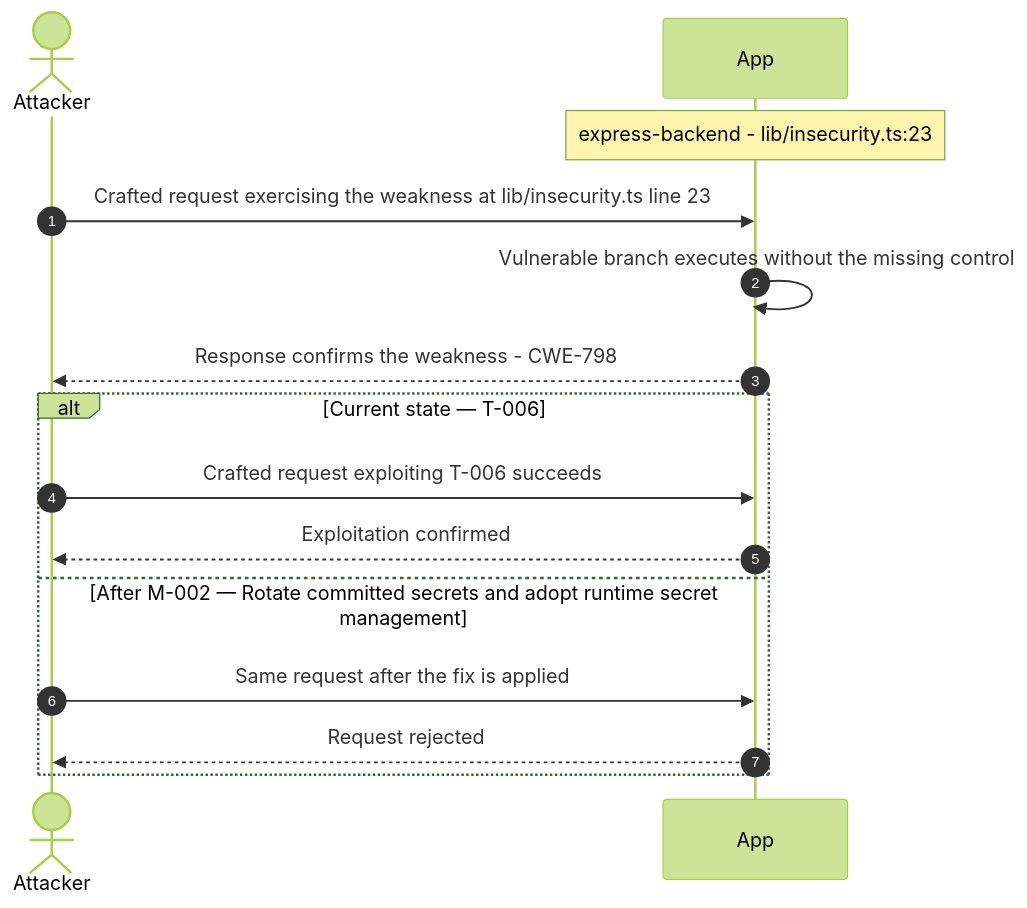
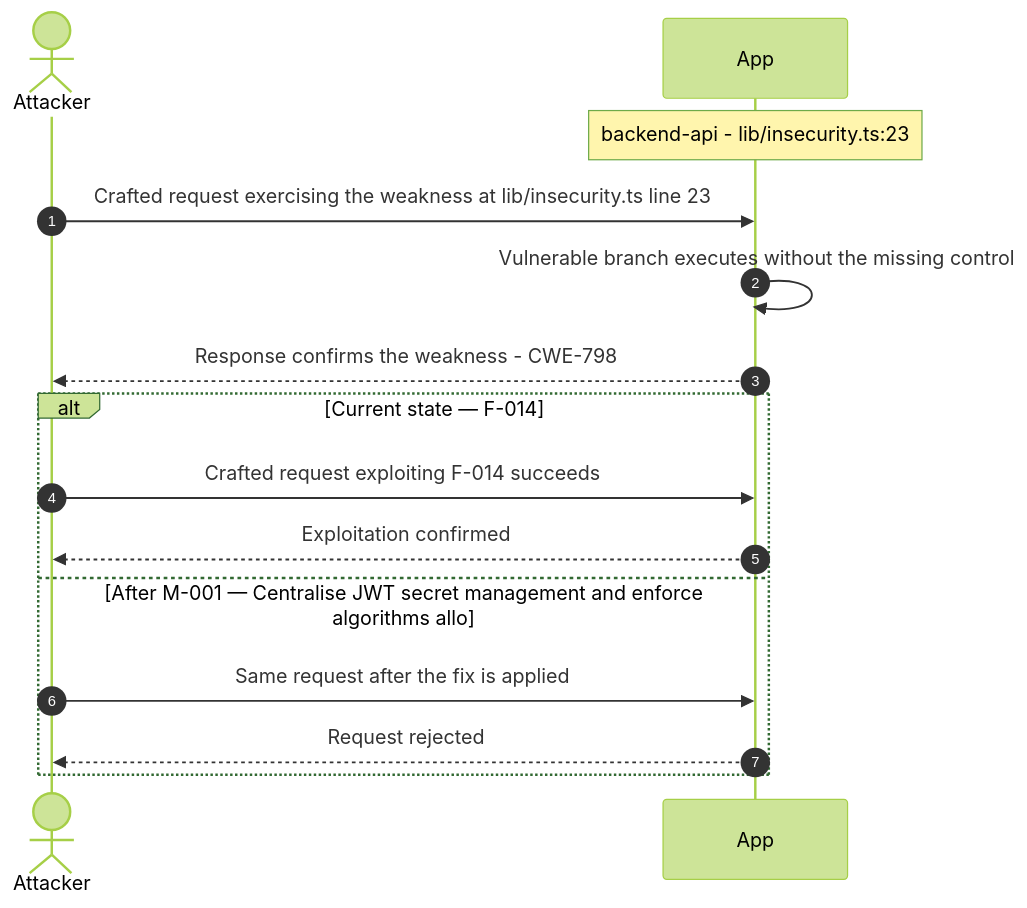
Before and after one commit to appsec-foundry/appsec-advisor: diagram 17 of 27 in examples/threat-modeler/threat-model-juice-shop-standard.md, drawn with Mermaid (forest theme). The commit also changed other lines of this file and 3 other files, not shown here.

````diff
--- a/examples/threat-modeler/threat-model-juice-shop-standard.md
+++ b/examples/threat-modeler/threat-model-juice-shop-standard.md
@@ -706,17 +943,17 @@
 ```mermaid
 sequenceDiagram
     autonumber
     actor Attacker
     participant App
-    Note over App: express-backend - lib/insecurity.ts:23
+    Note over App: backend-api - lib/insecurity.ts:23
     Attacker->>App: Crafted request exercising the weakness at lib/insecurity.ts line 23
     App->>App: Vulnerable branch executes without the missing control
     App-->>Attacker: Response confirms the weakness - CWE-798
-    alt Current state — T-006
-        Attacker->>App: Crafted request exploiting T-006 succeeds
+    alt Current state — F-014
+        Attacker->>App: Crafted request exploiting F-014 succeeds
         App-->>Attacker: Exploitation confirmed
-    else After M-002 — Rotate committed secrets and adopt runtime secret management
+    else After M-001 — Centralise JWT secret management and enforce algorithms allo
         Attacker->>App: Same request after the fix is applied
         App-->>Attacker: Request rejected
     end
 ```
````
